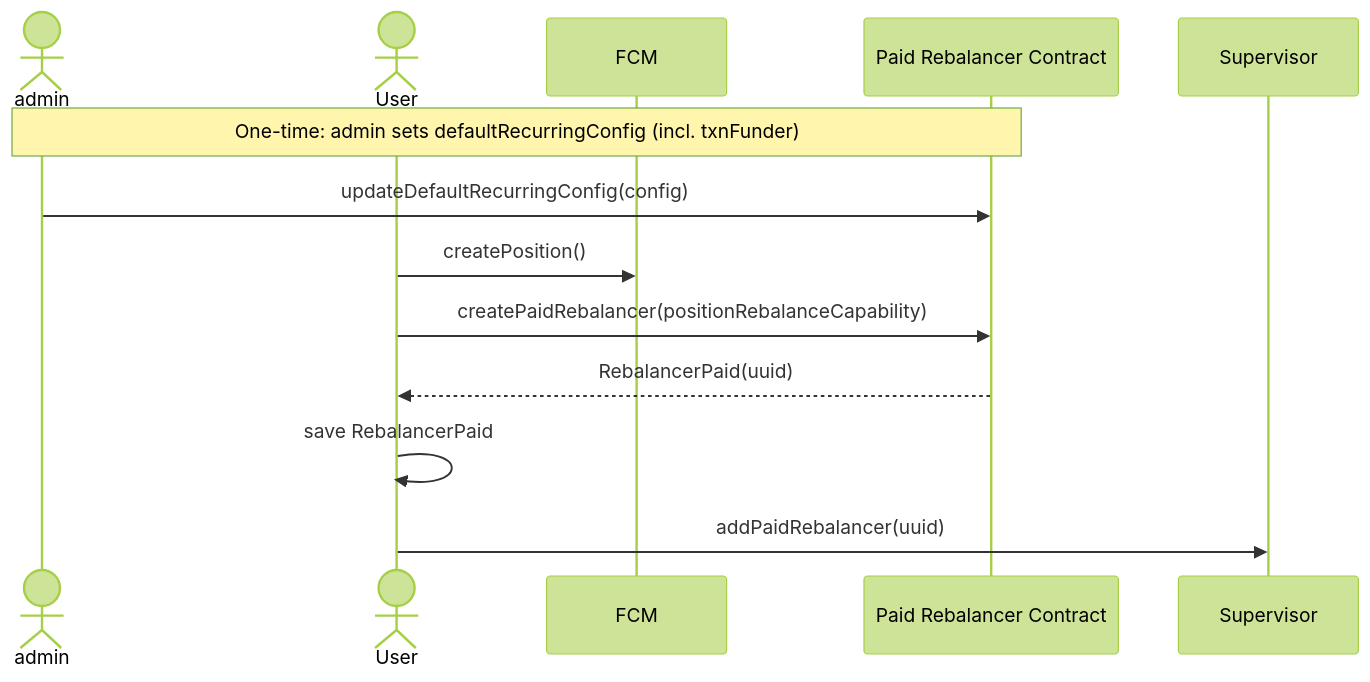
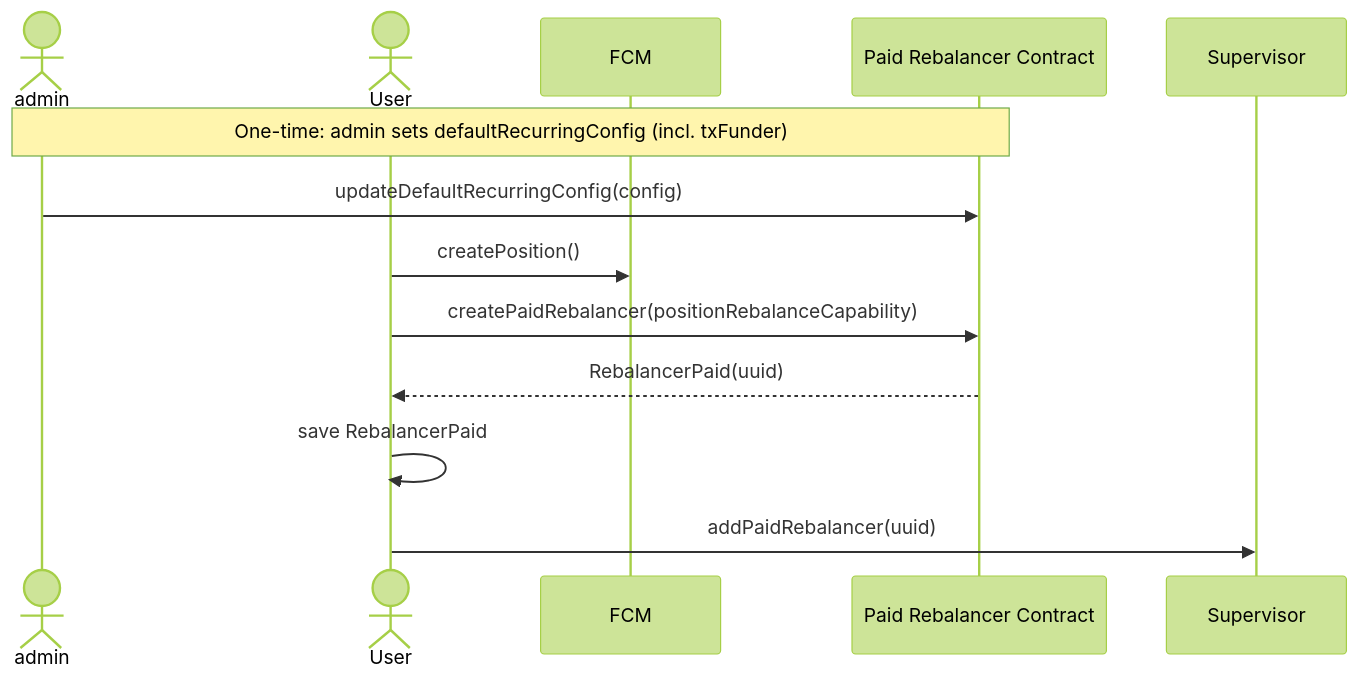
One commit to onflow/FlowALP changed the first of 3 diagrams in RebalanceArchitecture.md. Above: the diagram before and after it, drawn with Mermaid (forest theme). The commit also changed other lines of this file and 4 other files, not shown here.

````diff
--- a/RebalanceArchitecture.md
+++ b/RebalanceArchitecture.md
@@ -56,15 +56,15 @@
 ```mermaid
 sequenceDiagram
     actor admin
     actor User
     participant FCM
     participant Paid as Paid Rebalancer Contract
     participant Supervisor
-    Note over admin,Paid: One-time: admin sets defaultRecurringConfig (incl. txnFunder)
+    Note over admin,Paid: One-time: admin sets defaultRecurringConfig (incl. txFunder)
     admin->>Paid: updateDefaultRecurringConfig(config)
     User->>FCM: createPosition()
     User->>Paid: createPaidRebalancer(positionRebalanceCapability)
     Paid-->>User: RebalancerPaid(uuid)
     User->>User: save RebalancerPaid
     User->>Supervisor: addPaidRebalancer(uuid)
 ```
````
